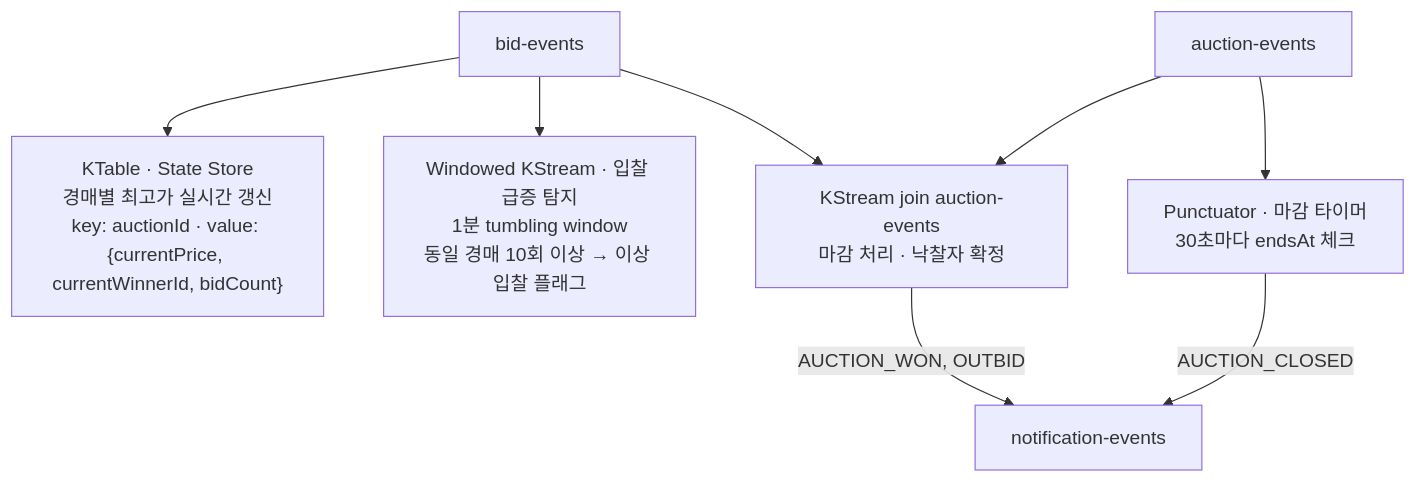
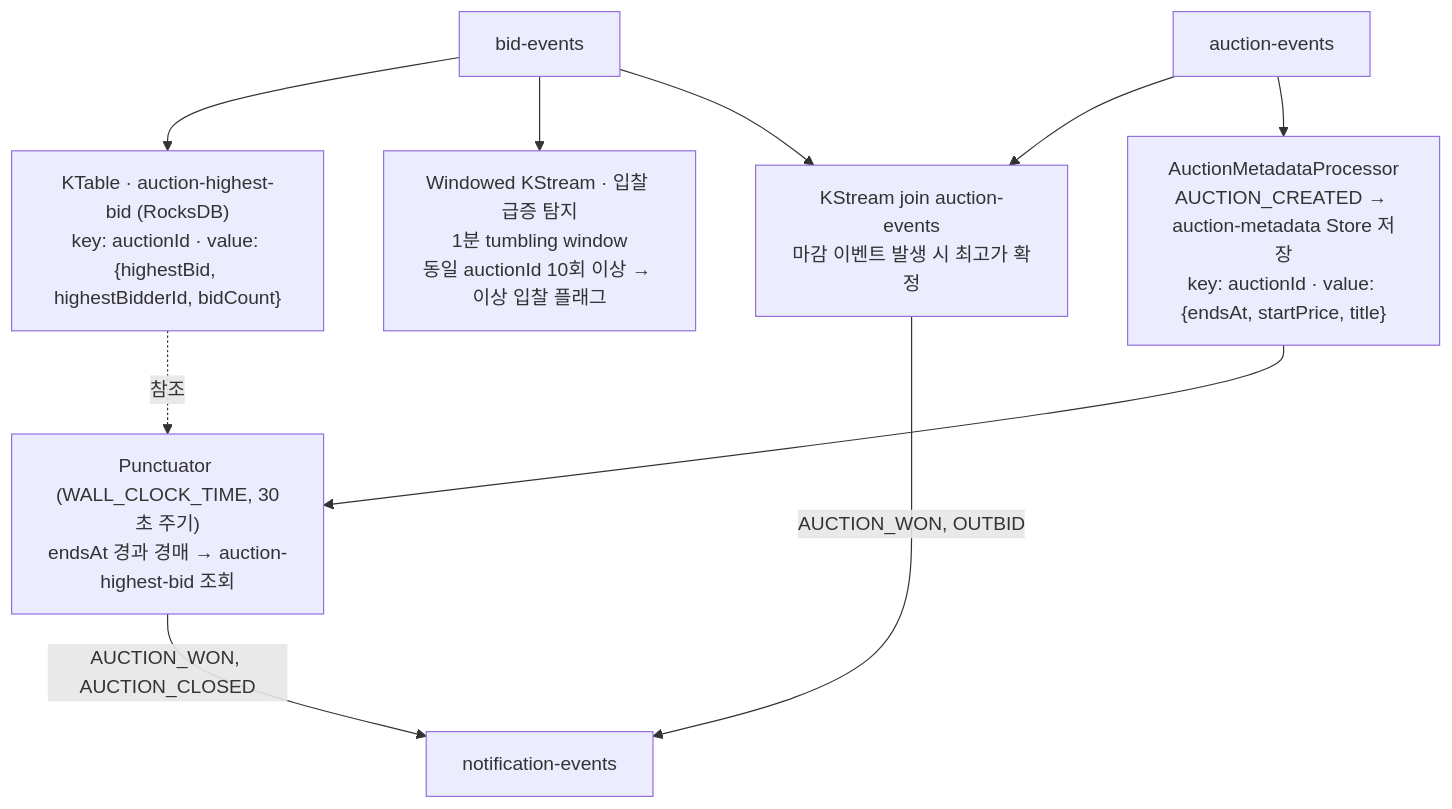
One commit to jaehoon9875/realtime-auction-service changed the second of 3 diagrams in docs/architecture.md. Above: the diagram before and after it, drawn with Mermaid. The commit also changed other lines of this file, not shown here.

Commit message:
docs: architecture.md 오래된 내용 3건 수정
- Kafka Streams 다이어그램: AuctionMetadataProcessor 노드 추가, State Store
  value 필드명을 실제 코드(AuctionBidState)와 일치하도록 수정
  (currentPrice/currentWinnerId → highestBid/highestBidderId),
  Punctuator 발행 이벤트에 AUCTION_WON 추가
- 인프라 구성 표: Java 서비스 배포 방식을 실제 cd.yml 구현과 일치하도록 수정
  (kubectl set image → kustomize 태그 업데이트 + ArgoCD auto-sync)
- 핵심 기술 결정 표: ADR-007, ADR-008 항목 추가

````diff
--- a/docs/architecture.md
+++ b/docs/architecture.md
@@ -123,19 +125,22 @@
 ```mermaid
 graph TD
     BID["bid-events"]
     AE["auction-events"]
 
-    KT["KTable · State Store<br/>경매별 최고가 실시간 갱신<br/>key: auctionId · value: {currentPrice, currentWinnerId, bidCount}"]
-    WS["Windowed KStream · 입찰 급증 탐지<br/>1분 tumbling window<br/>동일 경매 10회 이상 → 이상 입찰 플래그"]
-    JOIN["KStream join auction-events<br/>마감 처리 · 낙찰자 확정"]
-    PUNCT["Punctuator · 마감 타이머<br/>30초마다 endsAt 체크"]
+    KT["KTable · auction-highest-bid (RocksDB)<br/>key: auctionId · value: {highestBid, highestBidderId, bidCount}"]
+    WS["Windowed KStream · 입찰 급증 탐지<br/>1분 tumbling window<br/>동일 auctionId 10회 이상 → 이상 입찰 플래그"]
+    JOIN["KStream join auction-events<br/>마감 이벤트 발생 시 최고가 확정"]
+    AMP["AuctionMetadataProcessor<br/>AUCTION_CREATED → auction-metadata Store 저장<br/>key: auctionId · value: {endsAt, startPrice, title}"]
+    PUNCT["Punctuator (WALL_CLOCK_TIME, 30초 주기)<br/>endsAt 경과 경매 → auction-highest-bid 조회"]
     NE["notification-events"]
 
     BID --> KT
     BID --> WS
     BID --> JOIN
     AE --> JOIN
-    AE --> PUNCT
+    AE --> AMP
+    AMP --> PUNCT
+    KT -.->|참조| PUNCT
     JOIN -->|"AUCTION_WON, OUTBID"| NE
-    PUNCT -->|AUCTION_CLOSED| NE
+    PUNCT -->|"AUCTION_WON, AUCTION_CLOSED"| NE
 ```
````
